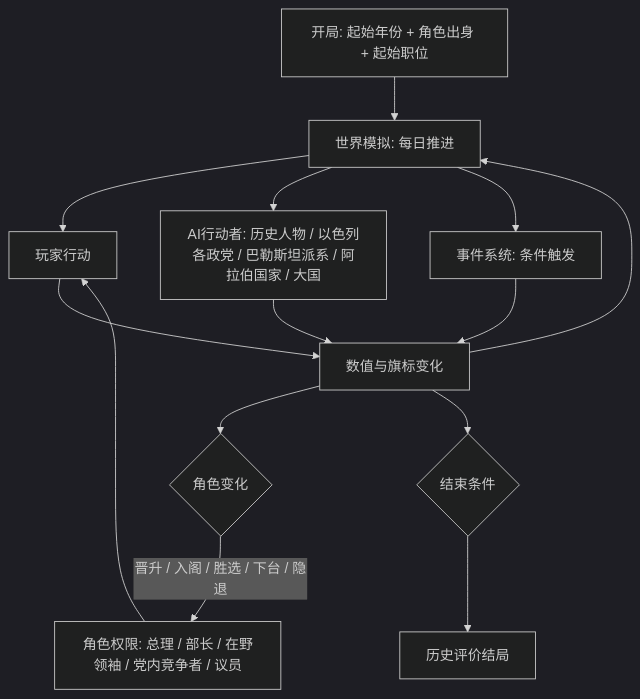
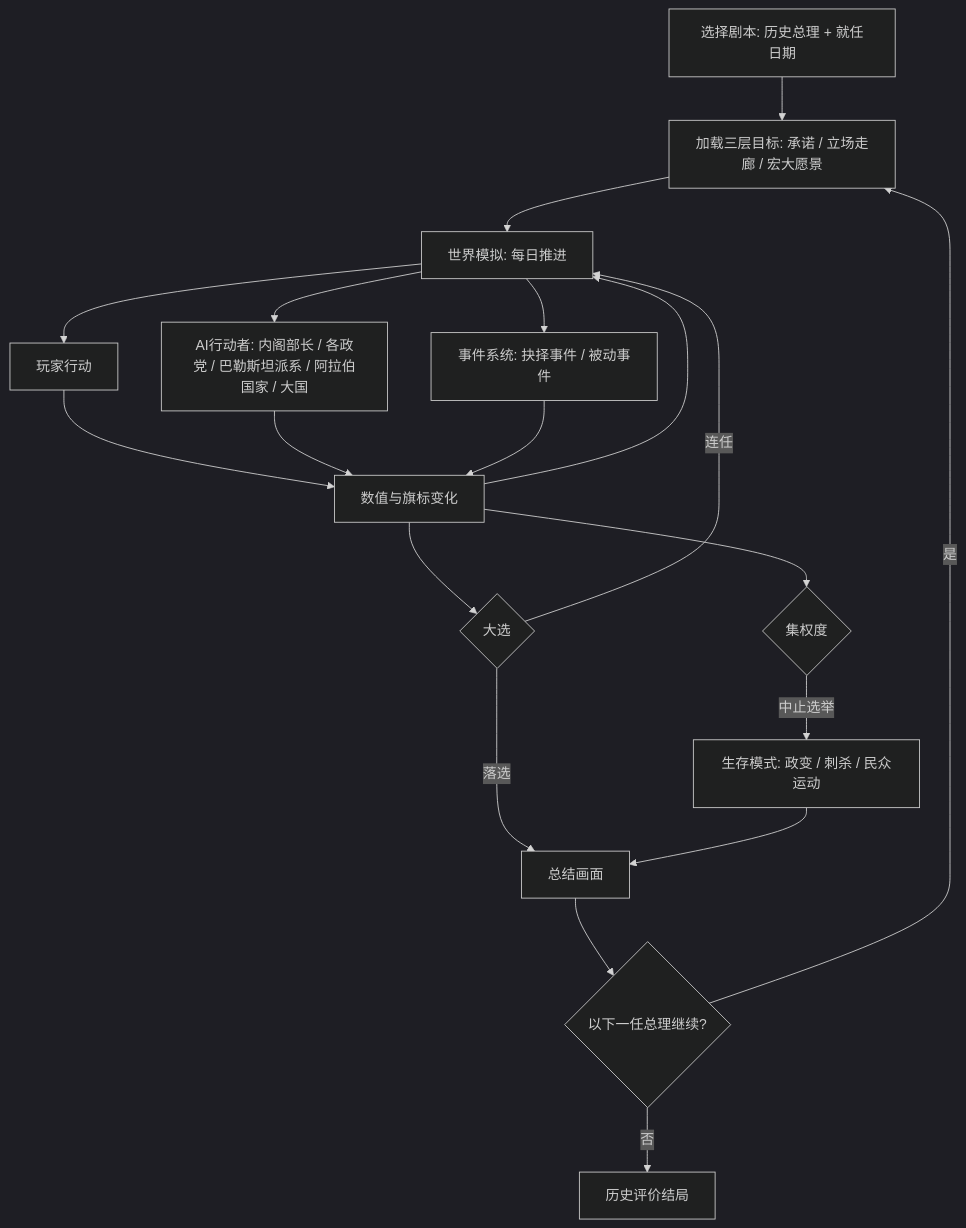
One commit to xtxsinan-lgtm/israel_political_simulation changed the diagram in docs/design_document.md. Above: the diagram before and after it, drawn with Mermaid (dark theme). The commit also changed other lines of this file and 9 other files, not shown here.

````diff
--- a/docs/design_document.md
+++ b/docs/design_document.md
@@ -39,16 +42,21 @@
 ```mermaid
 flowchart TD
-    S["开局: 起始年份 + 角色出身 + 起始职位"] --> W[世界模拟: 每日推进]
-    R["角色权限: 总理 / 部长 / 在野领袖 / 党内竞争者 / 议员"] --> P
+    S["选择剧本: 历史总理 + 就任日期"] --> G["加载三层目标: 承诺 / 立场走廊 / 宏大愿景"]
+    G --> W[世界模拟: 每日推进]
     W --> P[玩家行动]
-    W --> AI["AI行动者: 历史人物 / 以色列各政党 / 巴勒斯坦派系 / 阿拉伯国家 / 大国"]
-    W --> E[事件系统: 条件触发]
+    W --> AI["AI行动者: 内阁部长 / 各政党 / 巴勒斯坦派系 / 阿拉伯国家 / 大国"]
+    W --> E["事件系统: 抉择事件 / 被动事件"]
     P --> V[数值与旗标变化]
     AI --> V
     E --> V
     V --> W
-    V --> C{角色变化}
-    C -->|晋升 / 入阁 / 胜选 / 下台 / 隐退| R
-    V --> END{结束条件}
-    END --> L[历史评价结局]
+    V --> EL{大选}
+    EL -->|连任| W
+    EL -->|落选| SUM[总结画面]
+    V --> DIC{"集权度"}
+    DIC -->|中止选举| SURV["生存模式: 政变 / 刺杀 / 民众运动"]
+    SURV --> SUM
+    SUM --> NEXT{"以下一任总理继续?"}
+    NEXT -->|是| G
+    NEXT -->|否| END[历史评价结局]
 ```
````
